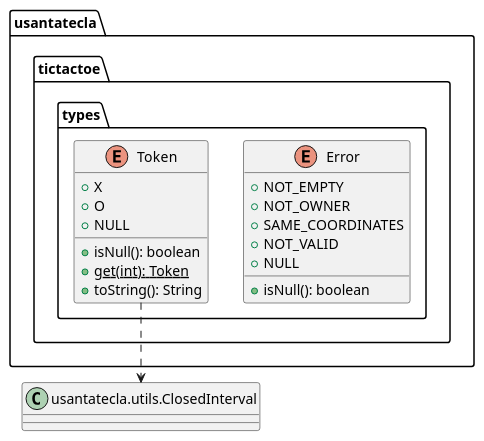
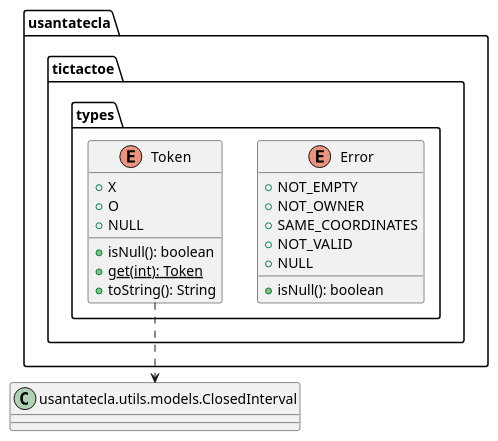
One commit to Jolucaa/USantaTecla-project-ticTacToe changed the third of 6 diagrams in modelViewPresenter/presentationModel/withComposite/docs/diagrams/src/paquetes.plantuml. Above: the diagram before and after it, drawn with PlantUML. The commit also changed other lines of this file and 54 other files, not shown here.

```diff
--- a/modelViewPresenter/presentationModel/withComposite/docs/diagrams/src/paquetes.plantuml
+++ b/modelViewPresenter/presentationModel/withComposite/docs/diagrams/src/paquetes.plantuml
@@ -156,24 +156,24 @@
 @startuml paqueteTypes
 
-class ClosedInterval as "usantatecla.utils.ClosedInterval"
+class ClosedInterval as "usantatecla.utils.models.ClosedInterval"
 
 enum usantatecla.tictactoe.types.Error{
   + NOT_EMPTY
   + NOT_OWNER
   + SAME_COORDINATES
   + NOT_VALID
   + NULL
   + isNull(): boolean
 }
 
 enum usantatecla.tictactoe.types.Token{
   + X
   + O
   + NULL
   + isNull(): boolean
   + {static} get(int): Token
   + toString(): String
 }
 usantatecla.tictactoe.types.Token .down.> ClosedInterval
 
 @enduml
```
